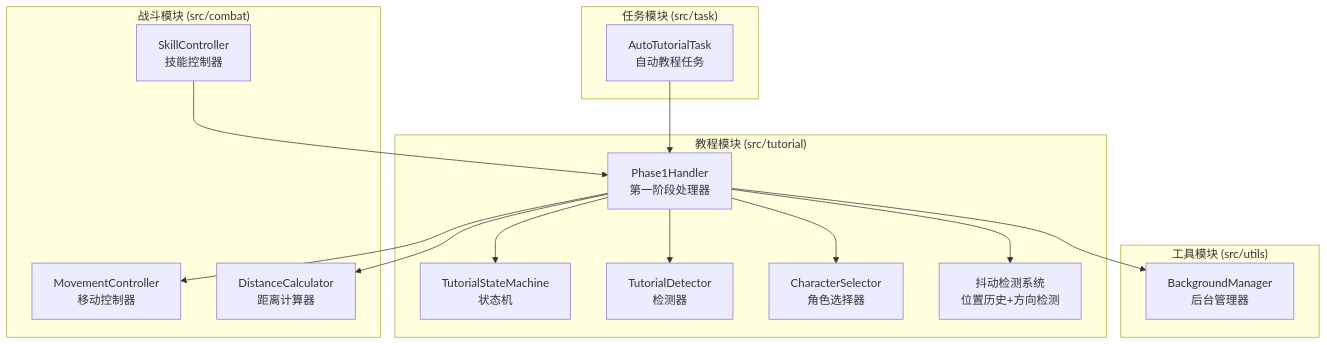
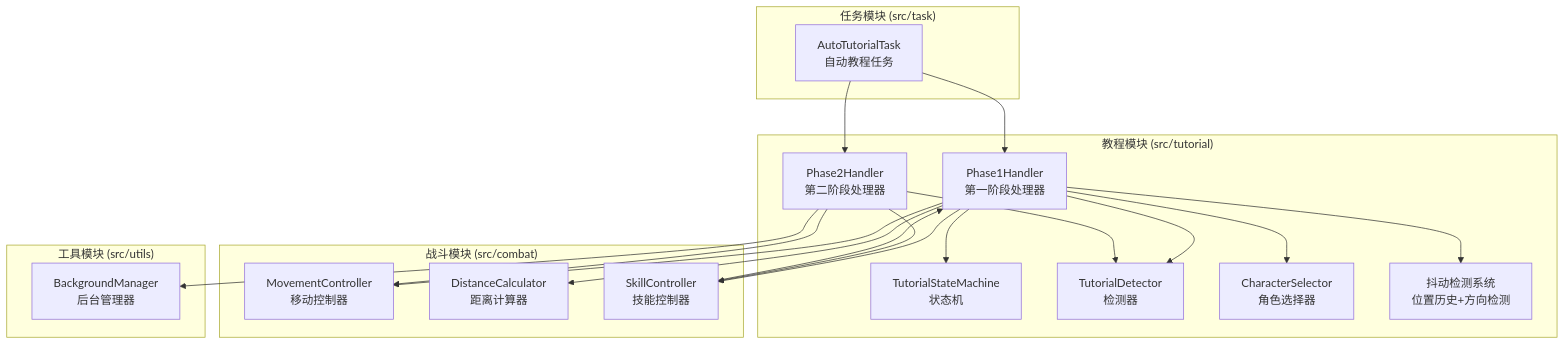
The first of 6 diagrams in .qoder/repowiki/zh/content/Tutorial Phase1 Handler.md (xsy098-max/ok-jump), drawn with Mermaid before and after one commit. The commit also changed other lines of this file and 17 other files, not shown here.

````diff
--- a/.qoder/repowiki/zh/content/Tutorial Phase1 Handler.md
+++ b/.qoder/repowiki/zh/content/Tutorial Phase1 Handler.md
@@ -64,30 +72,36 @@
 ```mermaid
 graph TB
 subgraph "教程模块 (src/tutorial)"
 PH[Phase1Handler<br/>第一阶段处理器]
 SM[TutorialStateMachine<br/>状态机]
 TD[TutorialDetector<br/>检测器]
 CS[CharacterSelector<br/>角色选择器]
 JDS[抖动检测系统<br/>位置历史+方向检测]
+PH2[Phase2Handler<br/>第二阶段处理器]
 end
 subgraph "战斗模块 (src/combat)"
 MC[MovementController<br/>移动控制器]
 DC[DistanceCalculator<br/>距离计算器]
 SC[SkillController<br/>技能控制器]
 end
 subgraph "任务模块 (src/task)"
 AT[AutoTutorialTask<br/>自动教程任务]
 end
 subgraph "工具模块 (src/utils)"
 BM[BackgroundManager<br/>后台管理器]
 end
+AT --> PH
+AT --> PH2
 PH --> SM
 PH --> TD
 PH --> CS
 PH --> JDS
 PH --> MC
 PH --> DC
-AT --> PH
-PH --> BM
+PH --> SC
+PH2 --> TD
+PH2 --> SC
+PH2 --> MC
+PH2 --> BM
 SC --> PH
 ```
````
